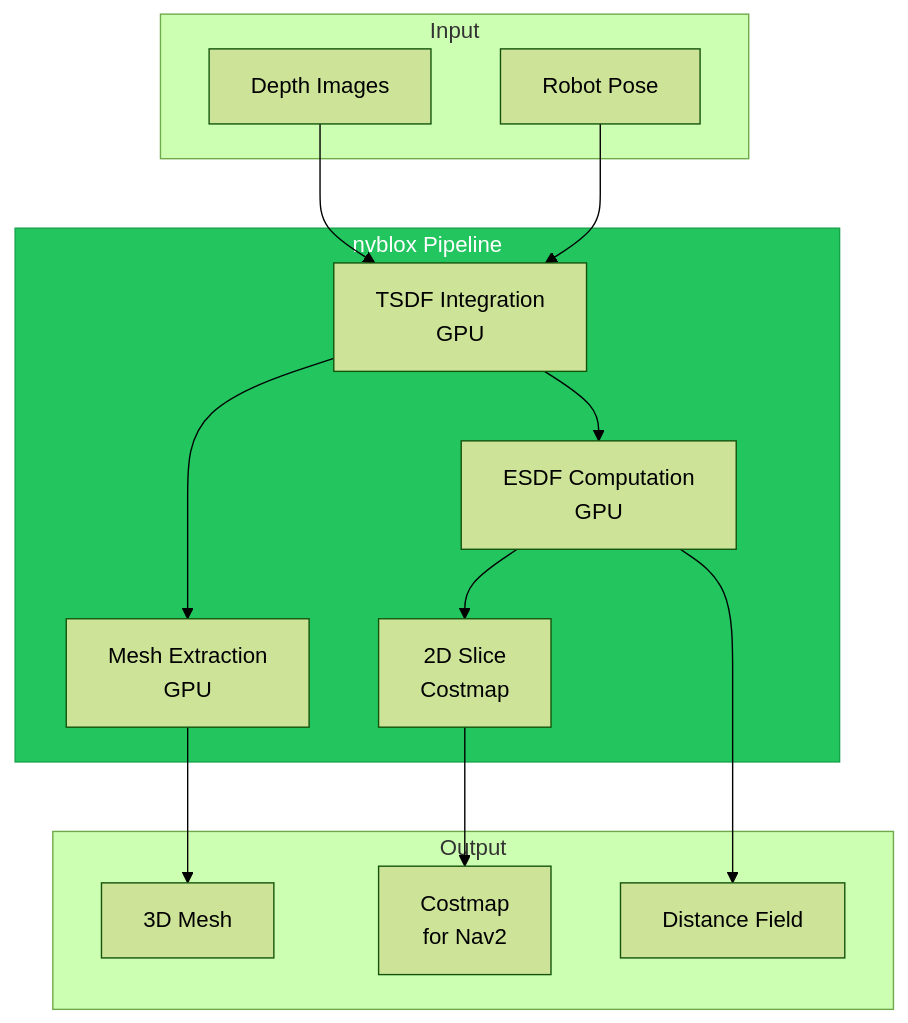
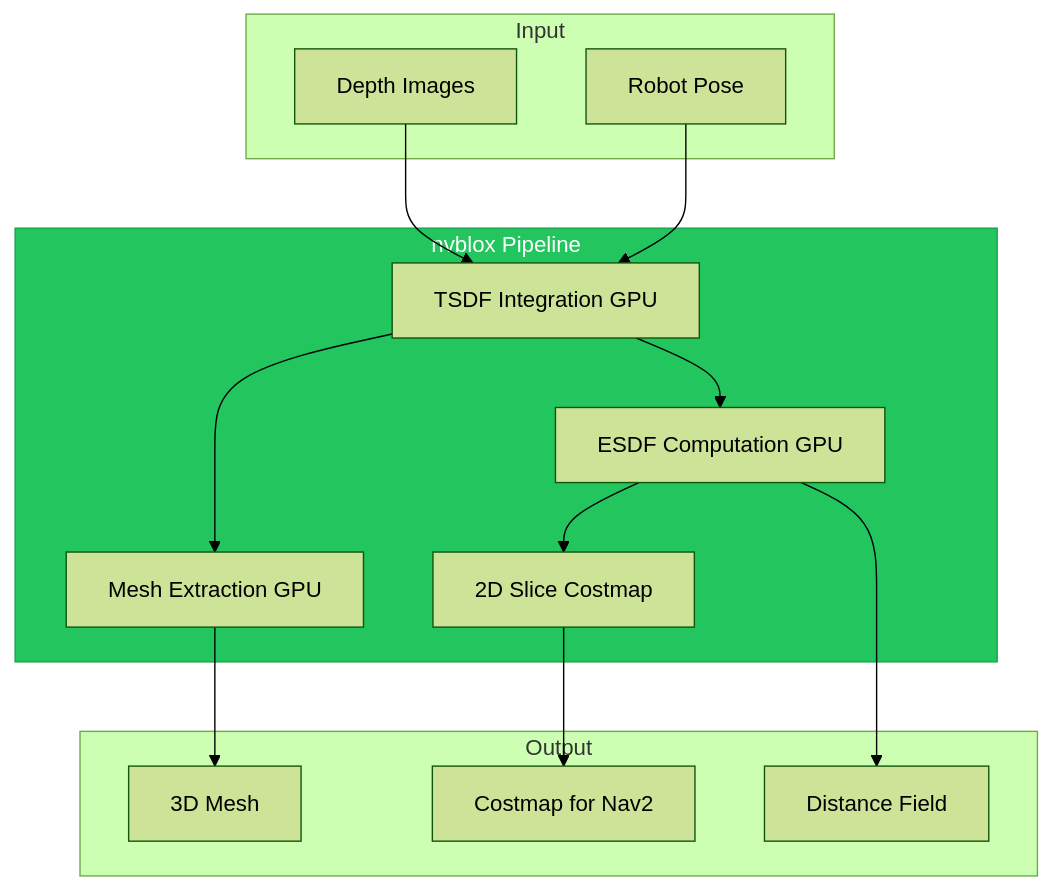
One commit to shakir-hussain1/physical-AI-and-humanoid-robotics-textbook-by-shakir-hussain changed the third of 4 diagrams in docs/modules/module-3-isaac/chapter-11-perception.md. Above: the diagram before and after it, drawn with Mermaid (forest theme). The commit also changed other lines of this file and 17 other files, not shown here.

Commit message:
fix: Remove br tags from Mermaid diagrams causing parse errors

````diff
--- a/docs/modules/module-3-isaac/chapter-11-perception.md
+++ b/docs/modules/module-3-isaac/chapter-11-perception.md
@@ -193,31 +193,31 @@
 ```mermaid
 flowchart TD
     subgraph Input["Input"]
         DEPTH_IMG[Depth Images]
         POSE_IN[Robot Pose]
     end
 
     subgraph nvblox["nvblox Pipeline"]
-        TSDF[TSDF Integration<br/>GPU]
-        MESH[Mesh Extraction<br/>GPU]
-        ESDF[ESDF Computation<br/>GPU]
-        SLICE[2D Slice<br/>Costmap]
+        TSDF[TSDF Integration GPU]
+        MESH[Mesh Extraction GPU]
+        ESDF[ESDF Computation GPU]
+        SLICE[2D Slice Costmap]
     end
 
     subgraph Output["Output"]
         MESH_OUT[3D Mesh]
-        COSTMAP[Costmap<br/>for Nav2]
+        COSTMAP[Costmap for Nav2]
         DIST[Distance Field]
     end
 
     DEPTH_IMG --> TSDF
     POSE_IN --> TSDF
     TSDF --> MESH
     TSDF --> ESDF
     ESDF --> SLICE
     MESH --> MESH_OUT
     SLICE --> COSTMAP
     ESDF --> DIST
 
     style nvblox fill:#22c55e,stroke:#16a34a,color:#fff
 ```
````
